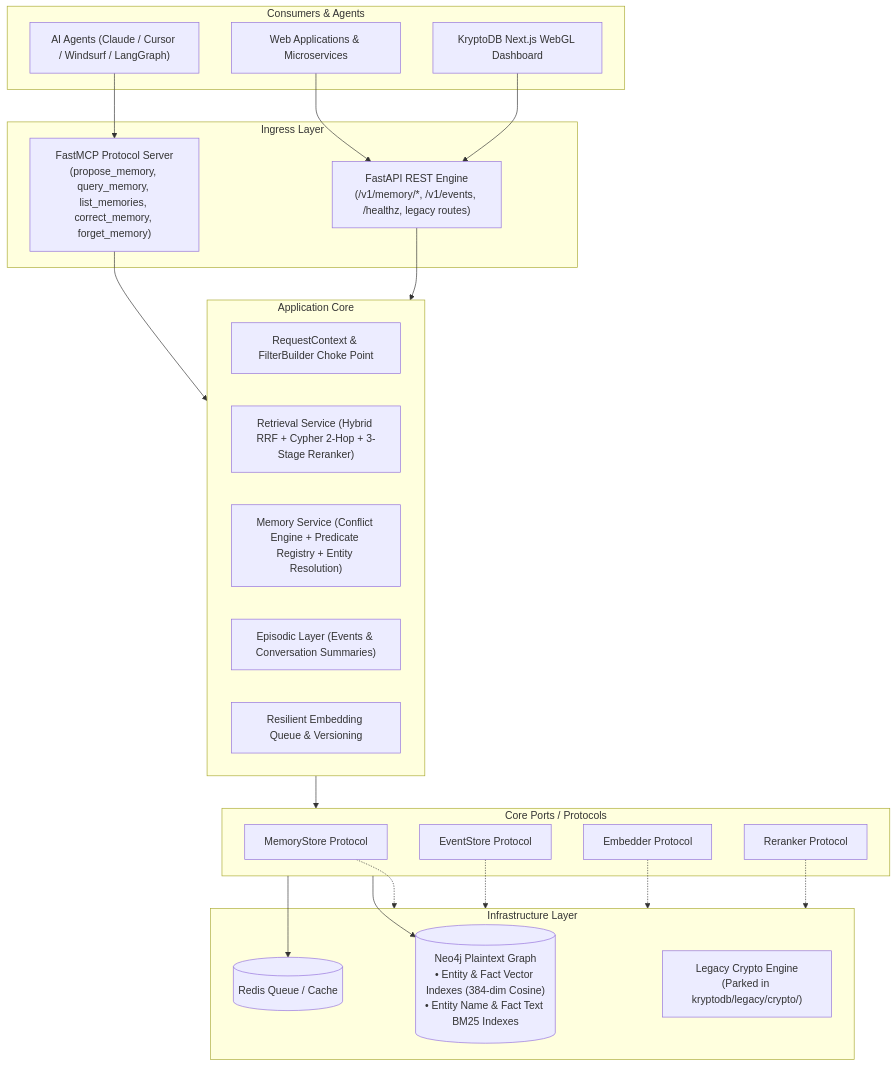
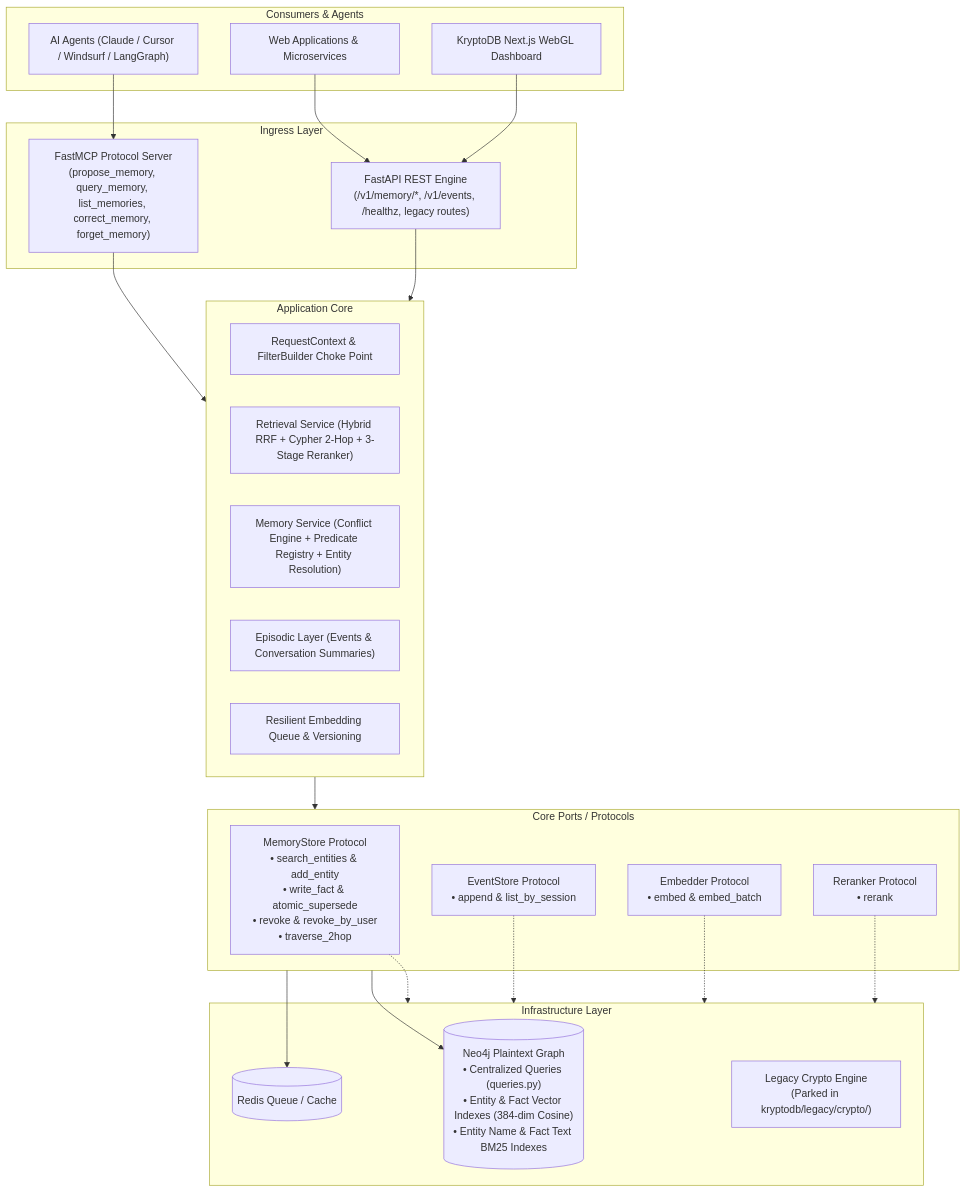
One commit to HarK-github/KryptoDB changed the diagram in README.md. Above: the diagram before and after it, drawn with Mermaid. The commit also changed other lines of this file and 5 other files, not shown here.

First line of the commit message:
docs: synchronize README and architecture specs with Phase 9 state

````diff
--- a/README.md
+++ b/README.md
@@ -46,50 +47,50 @@
 ```mermaid
 flowchart TD
     subgraph Consumers ["Consumers & Agents"]
         Agent_MCP["AI Agents (Claude / Cursor / Windsurf / LangGraph)"]
         Client_App["Web Applications & Microservices"]
         UI_Dash["KryptoDB Next.js WebGL Dashboard"]
     end
 
     subgraph Interfaces ["Ingress Layer"]
         MCP_Server["FastMCP Protocol Server<br/>(propose_memory, query_memory, list_memories, correct_memory, forget_memory)"]
         REST_API["FastAPI REST Engine<br/>(/v1/memory/*, /v1/events, /healthz, legacy routes)"]
     end
 
     subgraph Core ["Application Core"]
         Context["RequestContext & FilterBuilder Choke Point"]
         Ret_Svc["Retrieval Service (Hybrid RRF + Cypher 2-Hop + 3-Stage Reranker)"]
         Mem_Svc["Memory Service (Conflict Engine + Predicate Registry + Entity Resolution)"]
         Episodic_Svc["Episodic Layer (Events & Conversation Summaries)"]
         Embed_Svc["Resilient Embedding Queue & Versioning"]
     end
 
     subgraph Ports ["Core Ports / Protocols"]
-        Port_Mem["MemoryStore Protocol"]
-        Port_Evt["EventStore Protocol"]
-        Port_Emb["Embedder Protocol"]
-        Port_Rer["Reranker Protocol"]
+        Port_Mem["MemoryStore Protocol<br/>• search_entities & add_entity<br/>• write_fact & atomic_supersede<br/>• revoke & revoke_by_user<br/>• traverse_2hop"]
+        Port_Evt["EventStore Protocol<br/>• append & list_by_session"]
+        Port_Emb["Embedder Protocol<br/>• embed & embed_batch"]
+        Port_Rer["Reranker Protocol<br/>• rerank"]
     end
 
     subgraph Infrastructure ["Infrastructure Layer"]
-        Neo4j_DB[("Neo4j Plaintext Graph<br/>• Entity & Fact Vector Indexes (384-dim Cosine)<br/>• Entity Name & Fact Text BM25 Indexes")]
+        Neo4j_DB[("Neo4j Plaintext Graph<br/>• Centralized Queries (queries.py)<br/>• Entity & Fact Vector Indexes (384-dim Cosine)<br/>• Entity Name & Fact Text BM25 Indexes")]
         Redis_DB[("Redis Queue / Cache")]
         Legacy_Crypto["Legacy Crypto Engine<br/>(Parked in kryptodb/legacy/crypto/)"]
     end
 
     Agent_MCP --> MCP_Server
     Client_App --> REST_API
     UI_Dash --> REST_API
 
     MCP_Server --> Core
     REST_API --> Core
 
     Core --> Ports
     Port_Mem -.-> Infrastructure
     Port_Evt -.-> Infrastructure
     Port_Emb -.-> Infrastructure
     Port_Rer -.-> Infrastructure
 
     Ports --> Neo4j_DB
     Ports --> Redis_DB
 ```
````
